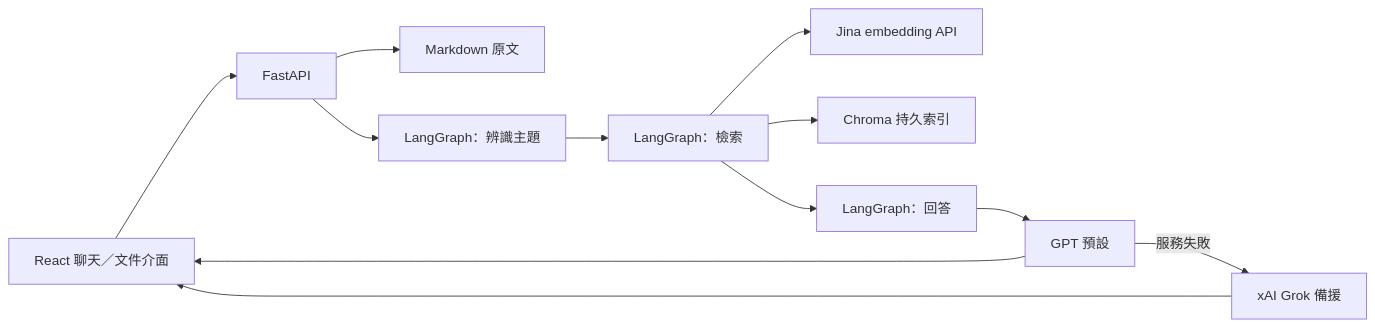
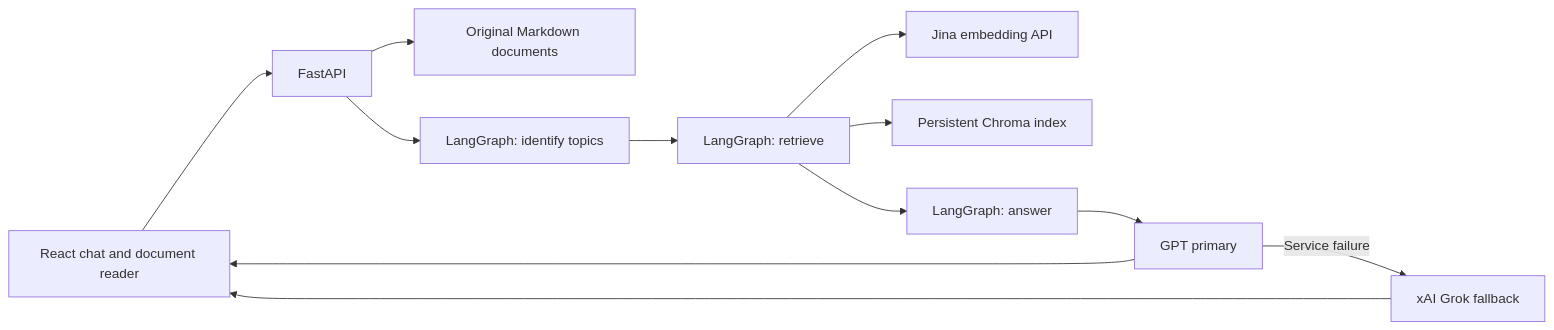
Before and after one commit to husky0787/hr-agent: the diagram in README.md, drawn with Mermaid. The commit also changed other lines of this file and 1 other file, not shown here.

````diff
--- a/README.md
+++ b/README.md
@@ -7,14 +9,14 @@
 ```mermaid
 flowchart LR
-    UI[React 聊天／文件介面] --> API[FastAPI]
-    API --> Docs[Markdown 原文]
-    API --> Topics[LangGraph：辨識主題]
-    Topics --> Retrieve[LangGraph：檢索]
+    UI[React chat and document reader] --> API[FastAPI]
+    API --> Docs[Original Markdown documents]
+    API --> Topics[LangGraph: identify topics]
+    Topics --> Retrieve[LangGraph: retrieve]
     Retrieve --> Jina[Jina embedding API]
-    Retrieve --> Chroma[Chroma 持久索引]
-    Retrieve --> Answer[LangGraph：回答]
-    Answer --> GPT[GPT 預設]
-    GPT -->|服務失敗| Grok[xAI Grok 備援]
+    Retrieve --> Chroma[Persistent Chroma index]
+    Retrieve --> Answer[LangGraph: answer]
+    Answer --> GPT[GPT primary]
+    GPT -->|Service failure| Grok[xAI Grok fallback]
     GPT --> UI
     Grok --> UI
 ```
````
